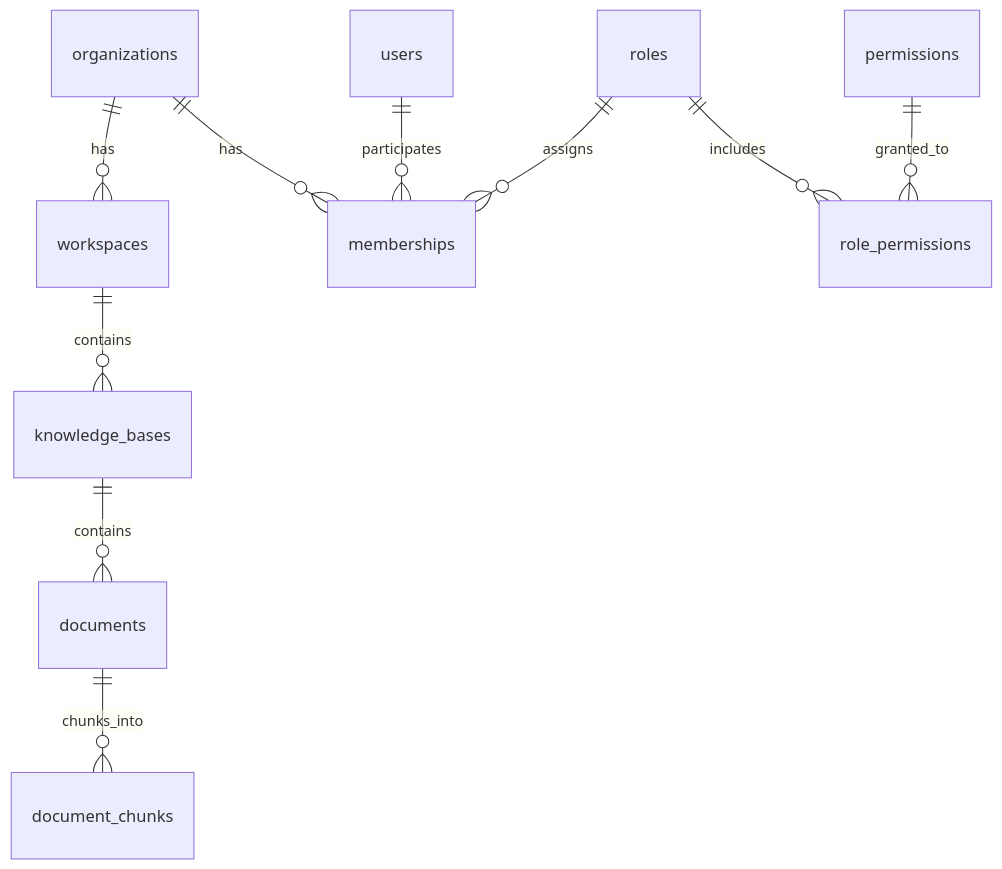
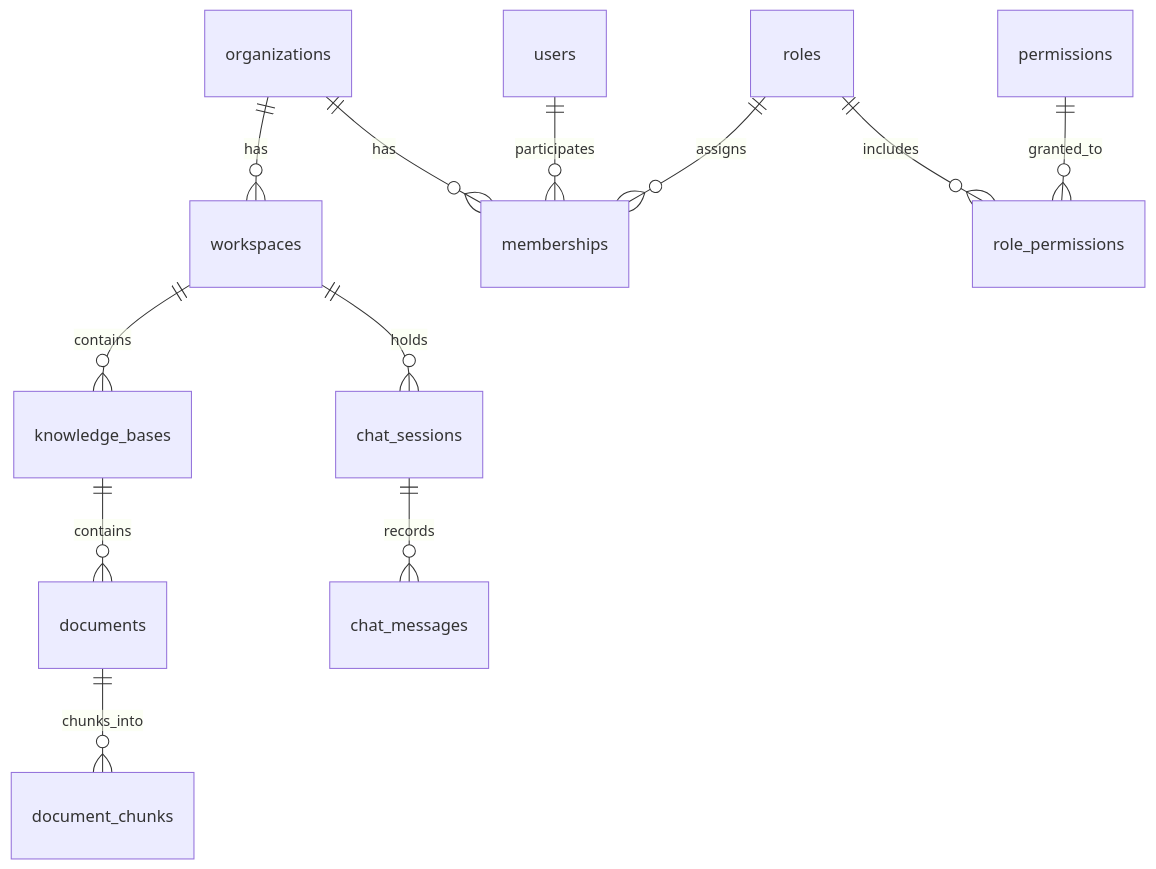
One commit to chasingboy95/ai-knowledge-hub changed the first of 2 diagrams in knowledge-base/README.md. Above: the diagram before and after it, drawn with Mermaid. The commit also changed other lines of this file and 32 other files, not shown here.

````diff
--- a/knowledge-base/README.md
+++ b/knowledge-base/README.md
@@ -64,12 +70,14 @@
 ```mermaid
 erDiagram
     organizations ||--o{ workspaces : "has"
     organizations ||--o{ memberships : "has"
     users ||--o{ memberships : "participates"
     roles ||--o{ memberships : "assigns"
     roles ||--o{ role_permissions : "includes"
     permissions ||--o{ role_permissions : "granted_to"
     workspaces ||--o{ knowledge_bases : "contains"
     knowledge_bases ||--o{ documents : "contains"
     documents ||--o{ document_chunks : "chunks_into"
+    workspaces ||--o{ chat_sessions : "holds"
+    chat_sessions ||--o{ chat_messages : "records"
 ```
````
